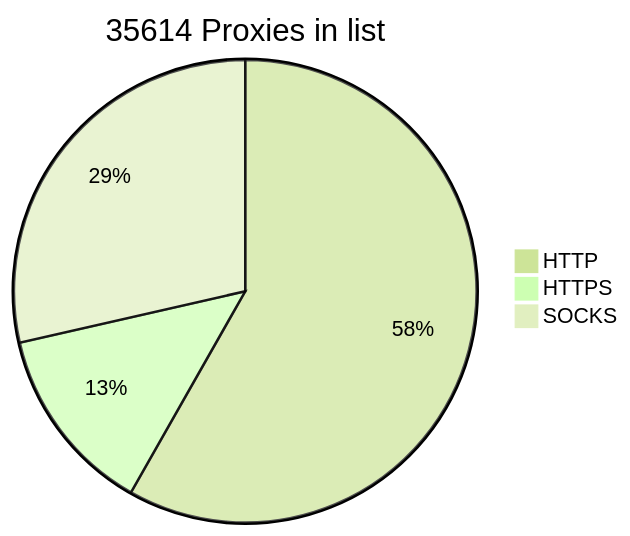
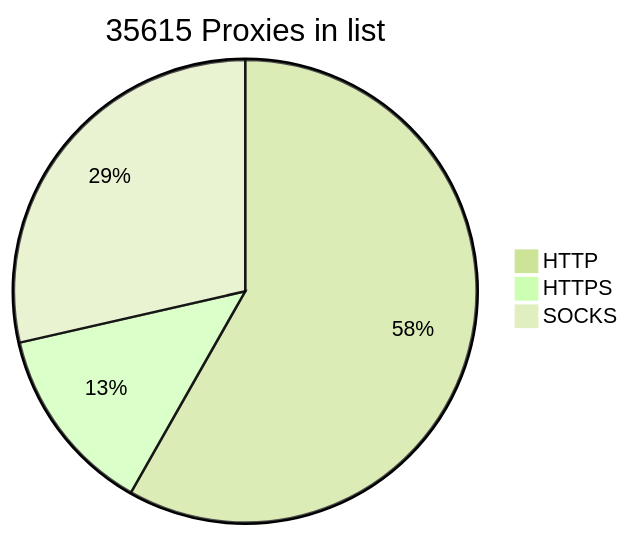
The diagram in README.md (BlackSnowDot/proxylist-update-every-minute), drawn with Mermaid (forest theme) before and after one commit.

````diff
--- a/README.md
+++ b/README.md
@@ -2,6 +2,6 @@
 ```mermaid
-pie title 35614 Proxies in list
+pie title 35615 Proxies in list
     "HTTP" : 23039
-    "HTTPS": 5228
+    "HTTPS": 5230
     "SOCKS" : 11304
 ```
````
